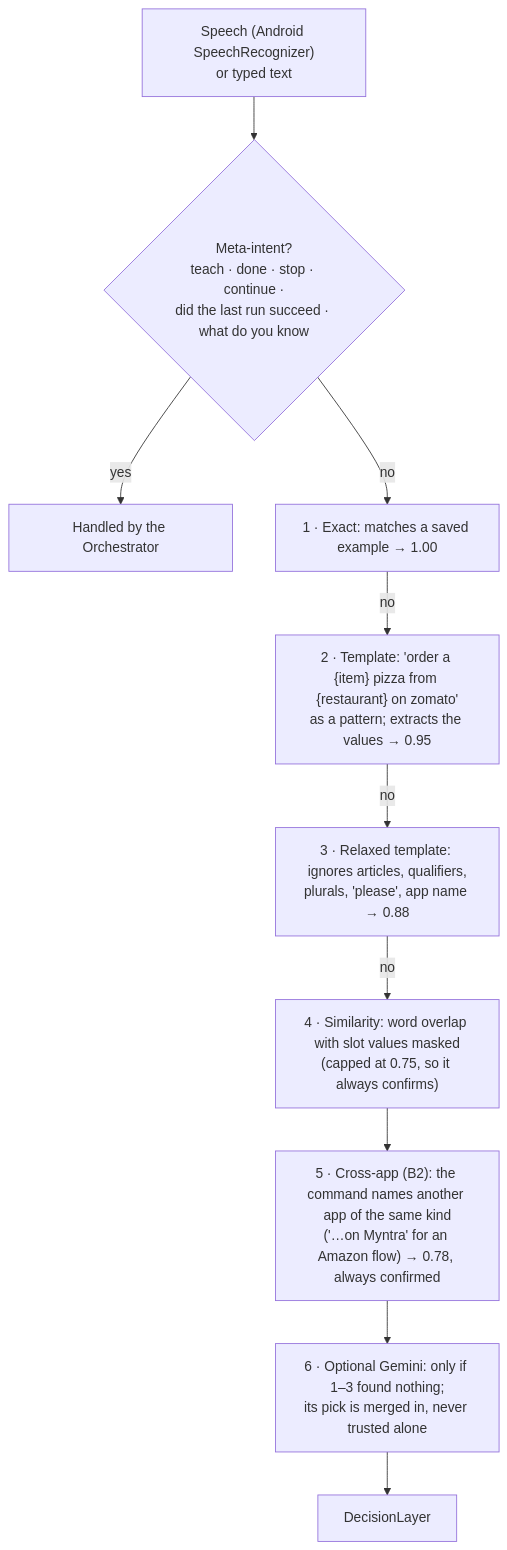
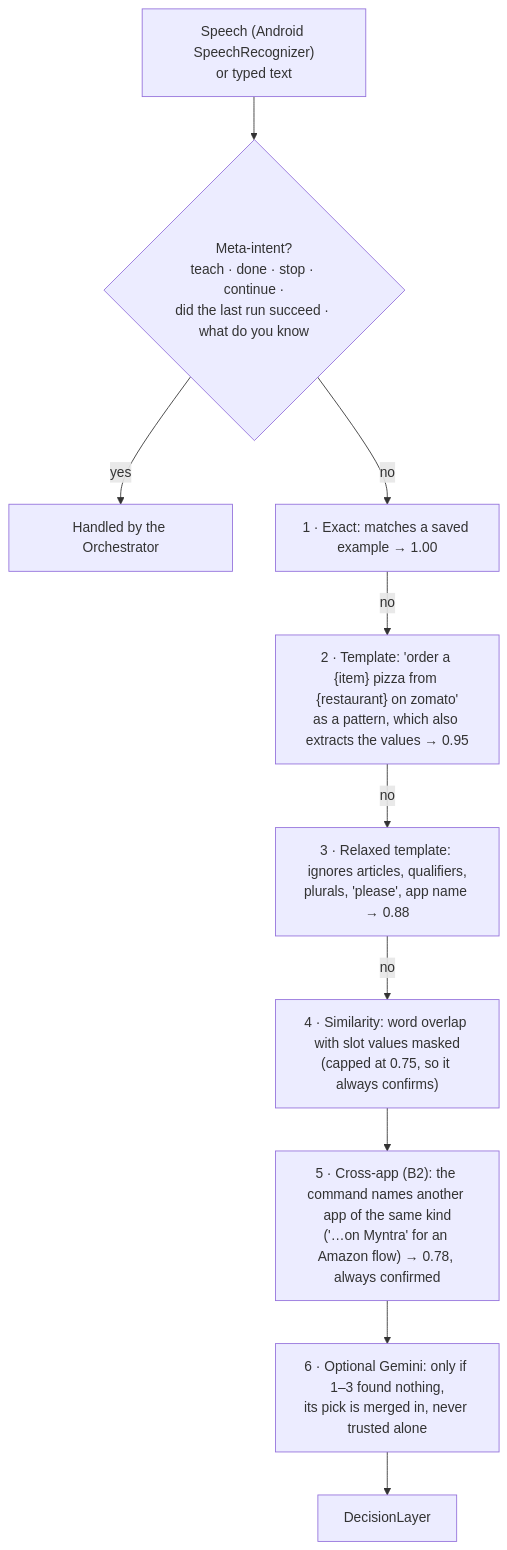
The second of 5 diagrams in docs/ARCHITECTURE.md (harsha31bs07-blip/echoflow-android), drawn with Mermaid before and after one commit. The commit also changed other lines of this file, not shown here.

Commit message:
Diagrams: no semicolons inside labels
Claude-Session: https://claude.ai/code/session_01R2t3DQ3WiMBbtueYMbxJvA

````diff
--- a/docs/ARCHITECTURE.md
+++ b/docs/ARCHITECTURE.md
@@ -65,12 +65,12 @@
 ```mermaid
 flowchart TD
   A["Speech (Android SpeechRecognizer)<br/>or typed text"] --> M{"Meta-intent?<br/>teach · done · stop · continue ·<br/>did the last run succeed · what do you know"}
   M -->|yes| X["Handled by the Orchestrator"]
   M -->|no| E["1 · Exact: matches a saved example → 1.00"]
-  E -->|no| T["2 · Template: 'order a {item} pizza from {restaurant} on zomato'<br/>as a pattern; extracts the values → 0.95"]
+  E -->|no| T["2 · Template: 'order a {item} pizza from {restaurant} on zomato'<br/>as a pattern, which also extracts the values → 0.95"]
   T -->|no| R["3 · Relaxed template: ignores articles, qualifiers,<br/>plurals, 'please', app name → 0.88"]
   R -->|no| S["4 · Similarity: word overlap with slot values masked<br/>(capped at 0.75, so it always confirms)"]
   S --> C["5 · Cross-app (B2): the command names another app of the same kind<br/>('…on Myntra' for an Amazon flow) → 0.78, always confirmed"]
-  C --> G["6 · Optional Gemini: only if 1–3 found nothing;<br/>its pick is merged in, never trusted alone"]
+  C --> G["6 · Optional Gemini: only if 1–3 found nothing,<br/>its pick is merged in, never trusted alone"]
   G --> D["DecisionLayer"]
 ```
````
